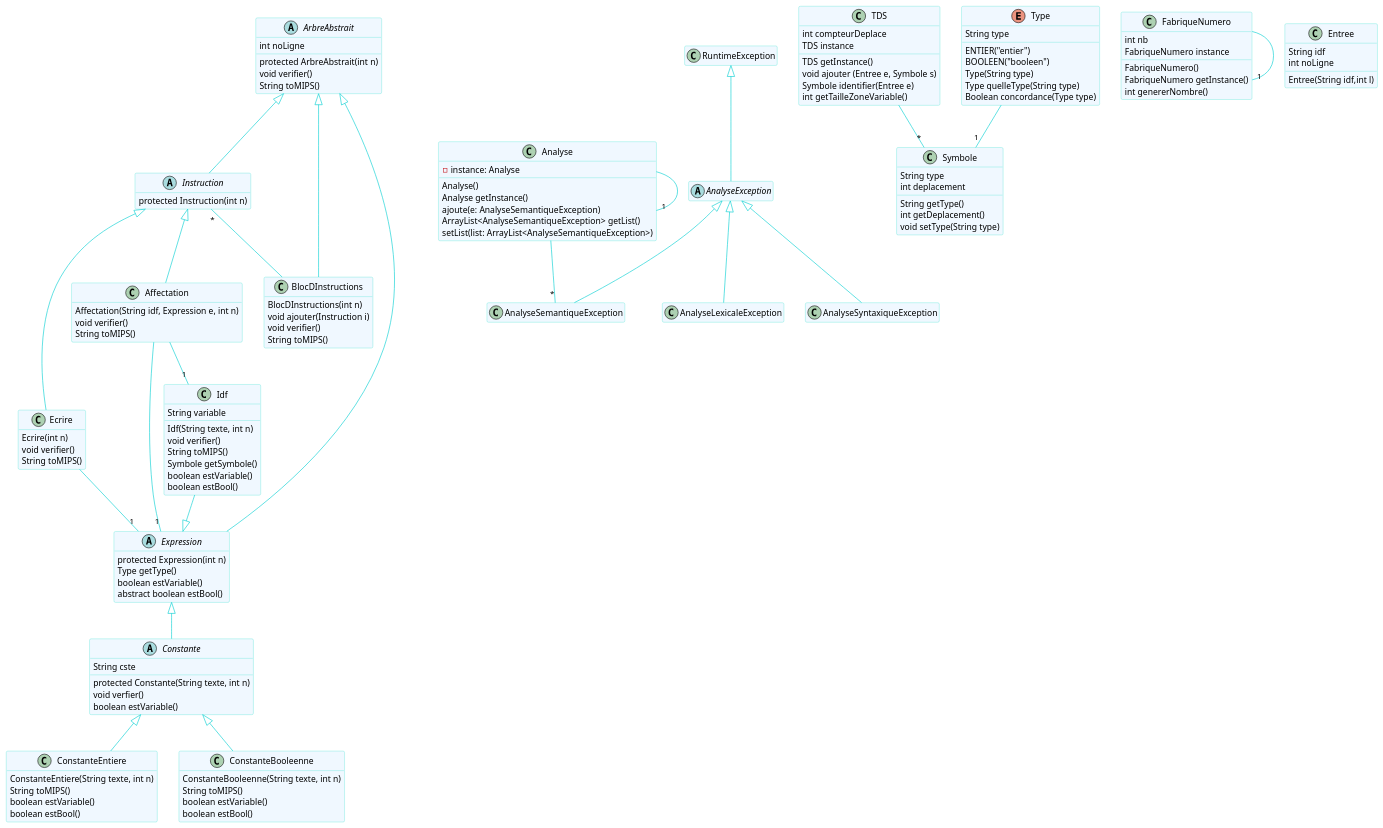
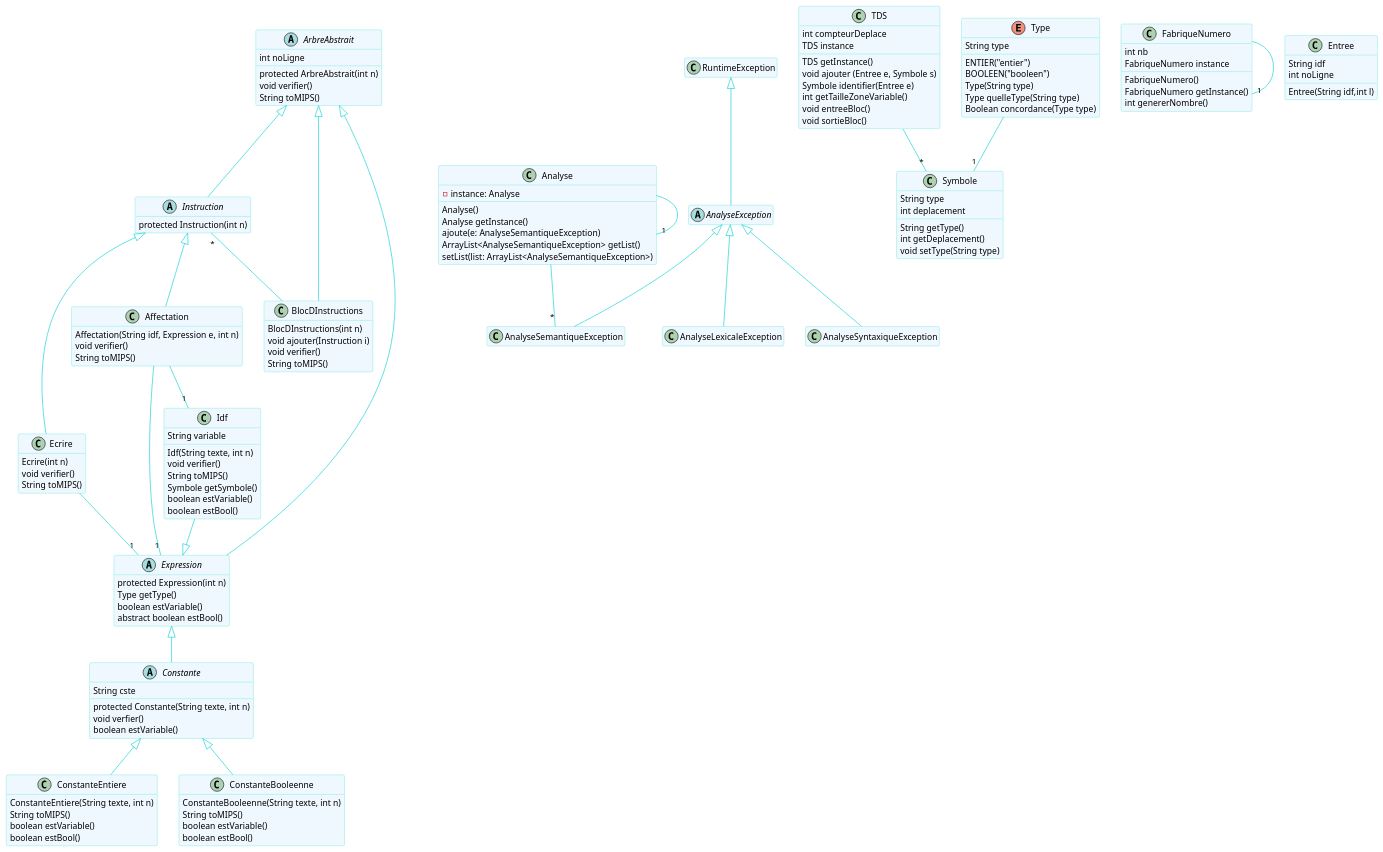
The diagram in src/uml/diagramme.puml (madisonnoyer54/Zoot), drawn with PlantUML before and after one commit.

Commit message:
maj du diagramme

```diff
--- a/src/uml/diagramme.puml
+++ b/src/uml/diagramme.puml
@@ -1,163 +1,165 @@
 @startuml
 skinparam class {
 BackgroundColor AliceBlue
 ArrowColor DarkTurquoise
 BorderColor Turquoise
 }
 
 skinparam stereotypeCBackgroundColor DarkTurquoise
 skinparam stereotypeIBackgroundColor Magenta
 skinparam stereotypeABackgroundColor Yellow
 
 hide stereotype
 hide empty member
 
 abstract class AnalyseException
 
 AnalyseException -up-|> RuntimeException
 
 AnalyseLexicaleException -up-|> AnalyseException
 AnalyseSyntaxiqueException -up-|> AnalyseException
 AnalyseSemantiqueException -up-|> AnalyseException
 
 class Analyse {
   -instance: Analyse
   Analyse()
   Analyse getInstance()
   ajoute(e: AnalyseSemantiqueException)
   ArrayList<AnalyseSemantiqueException> getList()
   setList(list: ArrayList<AnalyseSemantiqueException>)
 }
 Analyse --"1" Analyse
 Analyse --"*" AnalyseSemantiqueException
 
 
 abstract class ArbreAbstrait {
    int noLigne
    protected ArbreAbstrait(int n)
    void verifier()
    String toMIPS()
 }
 
 class BlocDInstructions {
    BlocDInstructions(int n)
    void ajouter(Instruction i)
    void verifier()
    String toMIPS()
 }
 
 BlocDInstructions -up-|> ArbreAbstrait
 BlocDInstructions -up- "*" Instruction
 
 abstract class Instruction {
    protected Instruction(int n)
 }
 
 Instruction -up-|> ArbreAbstrait
 class Ecrire {
    Ecrire(int n)
    void verifier()
    String toMIPS()
 }
 
 Ecrire  -up-|> Instruction
 
 abstract class Expression {
    protected Expression(int n)
    Type getType()
    boolean estVariable()
    abstract boolean estBool()
 }
 
 Expression  -up-|> ArbreAbstrait
 Ecrire - "1" Expression
 
 abstract class Constante {
    String cste
    protected Constante(String texte, int n)
    void verfier()
    boolean estVariable()
 }
 
 Constante  -up-|> Expression
 
 class ConstanteEntiere {
    ConstanteEntiere(String texte, int n)
    String toMIPS()
    boolean estVariable()
    boolean estBool()
 }
 
 class ConstanteBooleenne {
    ConstanteBooleenne(String texte, int n)
    String toMIPS()
    boolean estVariable()
    boolean estBool()
 }
 
 class TDS {
 int compteurDeplace
 TDS instance
 TDS getInstance()
 void ajouter (Entree e, Symbole s)
 Symbole identifier(Entree e)
 int getTailleZoneVariable()
+void entreeBloc()
+void sortieBloc()
 }
 class FabriqueNumero {
   int nb
   FabriqueNumero instance
   FabriqueNumero()
   FabriqueNumero getInstance()
   int genererNombre()
 }
 FabriqueNumero --"1" FabriqueNumero
 
 class Symbole{
 String type
 int deplacement
 String getType()
 int getDeplacement()
 void setType(String type)
 }
 
 TDS --"*" Symbole
 Type --"1" Symbole
 
 ConstanteEntiere  -up-|> Constante
 ConstanteBooleenne  -up-|> Constante
 
 enum Type{
 ENTIER("entier")
 BOOLEEN("booleen")
 String type
 Type(String type)
 Type quelleType(String type)
 Boolean concordance(Type type)
 }
 
 class Entree{
 String idf
 int noLigne
 Entree(String idf,int l)
 }
 
 class Affectation {
 Affectation(String idf, Expression e, int n)
 void verifier()
 String toMIPS()
 }
 Affectation --"1" Idf
 Affectation --"1" Expression
 Affectation  -up-|> Instruction
 
 class Idf{
 String variable
 Idf(String texte, int n)
 void verifier()
 String toMIPS()
 Symbole getSymbole()
 boolean estVariable()
 boolean estBool()
 }
 Idf --|> Expression
 @enduml
```
